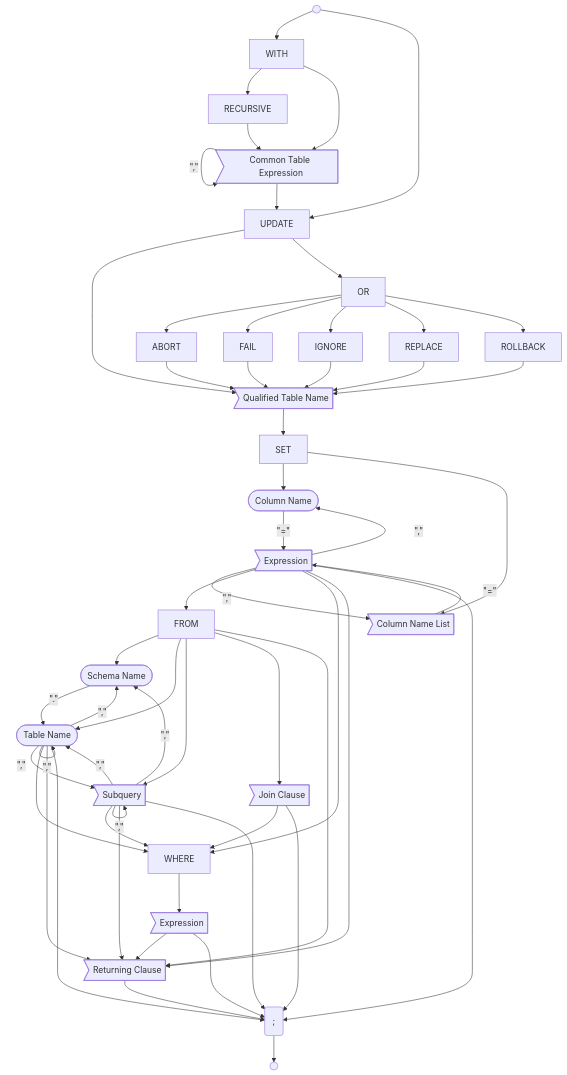
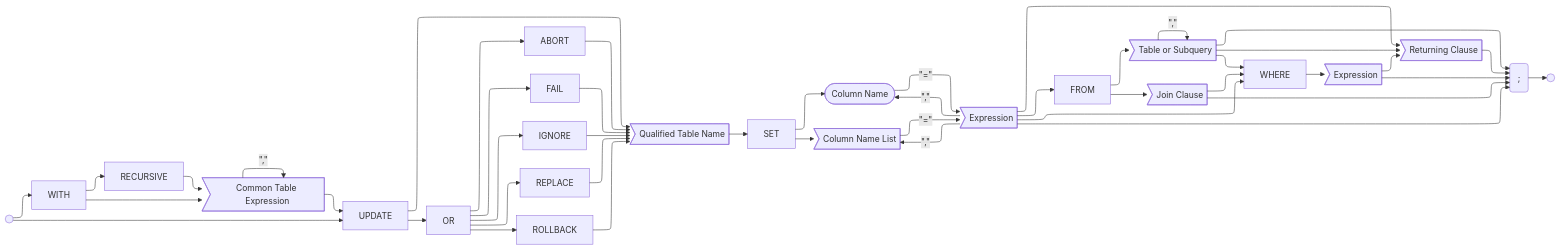
The diagram in docs/design/sql_syntax/Statements/UPDATE.md (JEleniel/epiloglite), drawn with Mermaid before and after one commit. The commit also changed other lines of this file and 83 other files, not shown here.

````diff
--- a/docs/design/sql_syntax/Statements/UPDATE.md
+++ b/docs/design/sql_syntax/Statements/UPDATE.md
@@ -11,71 +11,64 @@
 ```mermaid
-graph TB
+---
+config:
+  layout: elk
+---
+graph LR
 	st(( ))
 	semi(;)
 	stop(( ))
 	semi --> stop
 	
 	st --> WITH
 	st --> UPDATE
 	
 	WITH --> RECURSIVE
 	WITH --> common_table_expression>Common Table Expression]
 	RECURSIVE --> common_table_expression
 	common_table_expression -->|#quot;,#quot;| common_table_expression
 	common_table_expression --> UPDATE
 	
 	UPDATE --> qualified_table_name>Qualified Table Name]
 	UPDATE --> OR
 	OR --> ABORT
 	OR --> FAIL
 	OR --> IGNORE
 	OR --> REPLACE
 	OR --> ROLLBACK
 	ABORT --> qualified_table_name
 	FAIL --> qualified_table_name
 	IGNORE --> qualified_table_name
 	REPLACE --> qualified_table_name
 	ROLLBACK --> qualified_table_name
 	qualified_table_name --> SET
 	
 	SET --> column_name([Column Name])
 	SET --> column_name_list>Column Name List]
+	
 	column_name -->|#quot;=#quot;| column_expression>Expression]
 	column_name_list --> |#quot;=#quot;| column_expression
+	
 	column_expression -->|#quot;,#quot;| column_name
 	column_expression -->|#quot;,#quot;| column_name_list
 	column_expression --> FROM
 	column_expression --> WHERE
 	column_expression --> returning_clause>Returning Clause]
 	column_expression --> semi
 	
-	FROM --> schema_name([Schema Name])
-	FROM --> table_name([Table Name])
-	FROM --> subquery>Subquery]
+	FROM --> table_or_subquery>Table or Subquery]
 	FROM --> join_clause>Join Clause]
-	FROM --> returning_clause
 	
-	schema_name -->|#quot;.#quot;| table_name
-	table_name -->|#quot;,#quot;| schema_name
-	table_name -->|#quot;,#quot;| table_name
-	table_name -->|#quot;,#quot;| subquery
-	table_name --> WHERE
-	table_name --> returning_clause
-	table_name --> semi
-	
-	subquery -->|#quot;,#quot;| schema_name
-	subquery -->|#quot;,#quot;| table_name
-	subquery -->|#quot;,#quot;| subquery
-	subquery --> WHERE
-	subquery --> returning_clause
-	subquery --> semi
-	
+	table_or_subquery -->|#quot;,#quot;| table_or_subquery
+	table_or_subquery --> WHERE
+	table_or_subquery --> returning_clause
+	table_or_subquery --> semi
+		
 	join_clause --> WHERE
 	join_clause --> semi
 	
 	WHERE --> where_expression>Expression]
 	where_expression --> returning_clause
 	where_expression --> semi
 	
 	returning_clause --> semi
 ```
````
